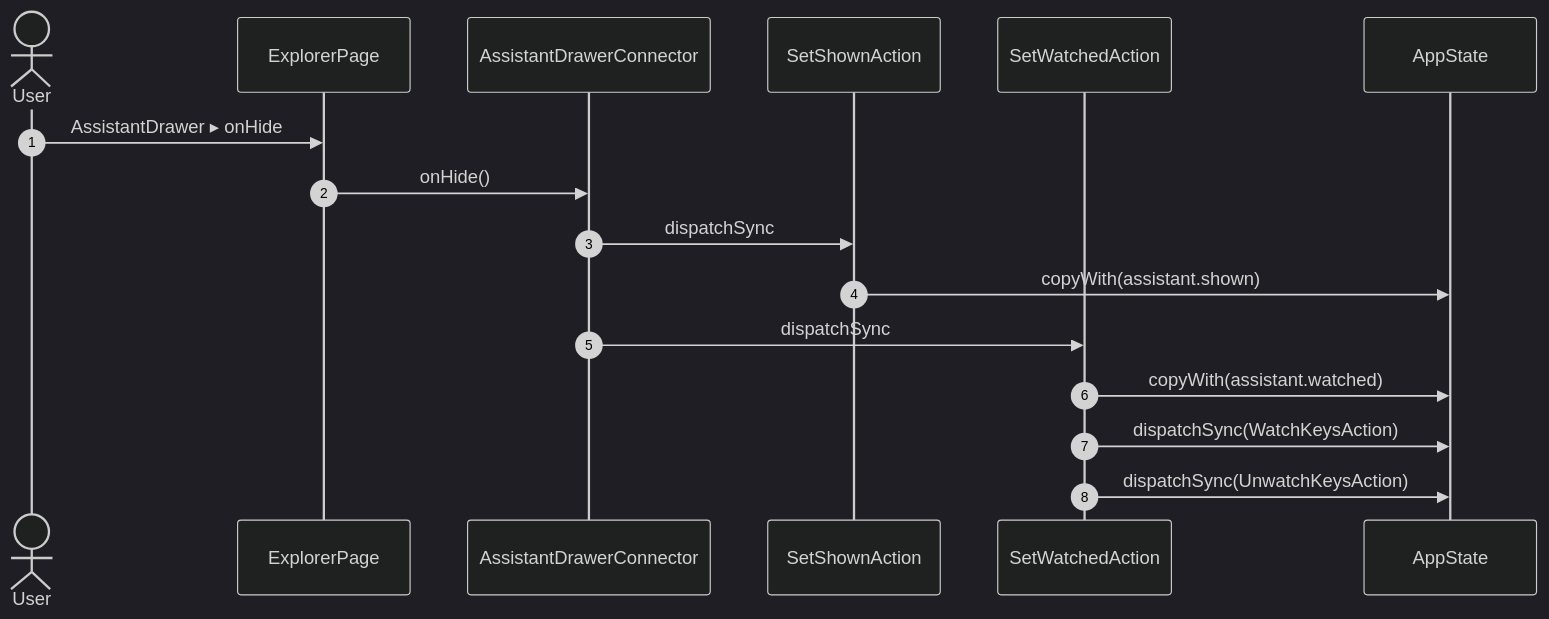
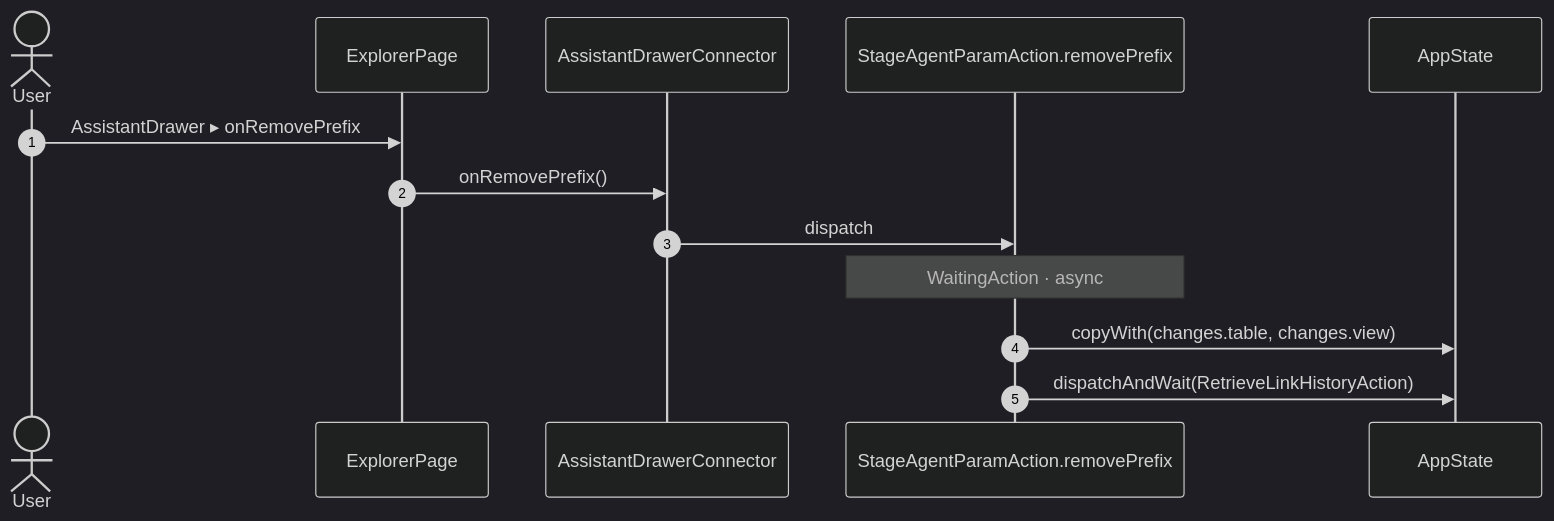
Diagram 47 of 55 in studio/docs/flows/explorer.md (gencto/wyrm), drawn with Mermaid (dark theme) before and after one commit. The commit also changed other lines of this file and 94 other files, not shown here.

First line of the commit message:
studio: assistant: typed wire, words in ui, one action per intent

````diff
--- a/studio/docs/flows/explorer.md
+++ b/studio/docs/flows/explorer.md
@@ -983,19 +899,16 @@
 ```mermaid
 sequenceDiagram
     autonumber
     actor User
     participant UI as ExplorerPage
     participant R1 as AssistantDrawerConnector
-    participant A1 as SetShownAction
-    participant A2 as SetWatchedAction
+    participant A1 as StageAgentParamAction.removePrefix
     participant ST as AppState
 
-    User->>UI: AssistantDrawer ▸ onHide
-    UI->>R1: onHide()
-    R1->>A1: dispatchSync
-    A1->>ST: copyWith(assistant.shown)
-    R1->>A2: dispatchSync
-    A2->>ST: copyWith(assistant.watched)
-    A2->>ST: dispatchSync(WatchKeysAction)
-    A2->>ST: dispatchSync(UnwatchKeysAction)
+    User->>UI: AssistantDrawer ▸ onRemovePrefix
+    UI->>R1: onRemovePrefix()
+    R1->>A1: dispatch
+    Note over A1: WaitingAction · async
+    A1->>ST: copyWith(changes.table, changes.view)
+    A1->>ST: dispatchAndWait(RetrieveLinkHistoryAction)
 ```
````
